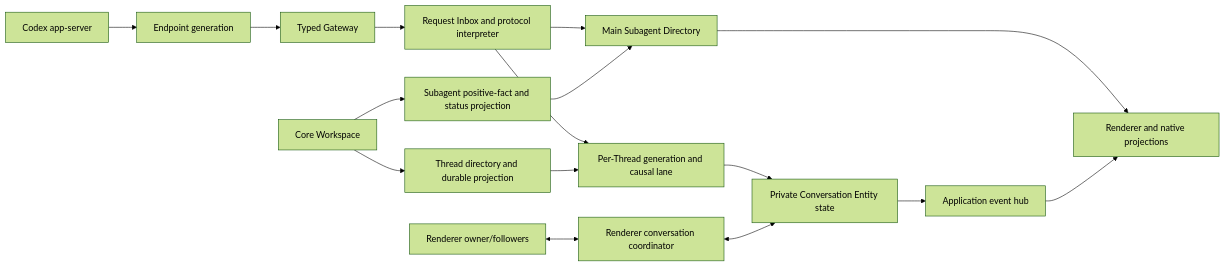
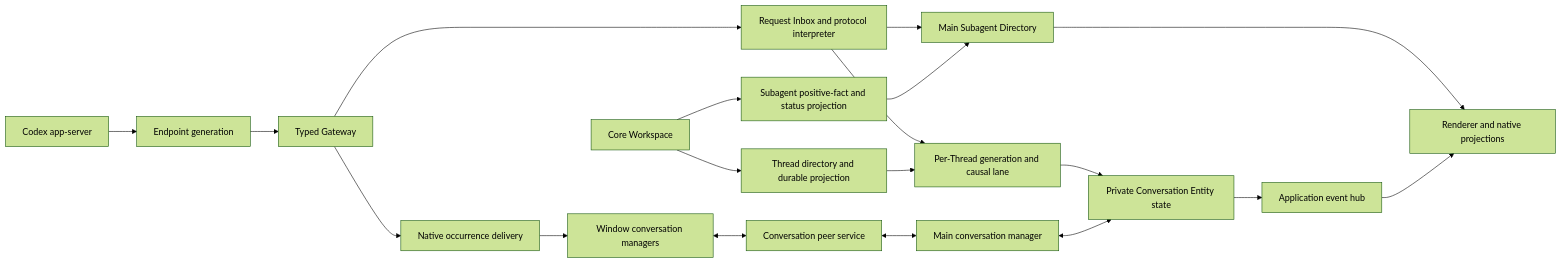
One commit to junyudev/nodex changed the third of 3 diagrams in docs/ARCHITECTURE.md. Above: the diagram before and after it, drawn with Mermaid (forest theme). The commit also changed other lines of this file and 834 other files, not shown here.

````diff
--- a/docs/ARCHITECTURE.md
+++ b/docs/ARCHITECTURE.md
@@ -765,18 +780,21 @@
 ```mermaid
 flowchart LR
     Server["Codex app-server"] --> Endpoint["Endpoint generation"]
     Endpoint --> Gateway["Typed Gateway"]
     Gateway --> Inbox["Request Inbox and protocol interpreter"]
     Core["Core Workspace"] --> Directory["Thread directory and durable projection"]
     Core --> Subagents["Subagent positive-fact and status projection"]
     Inbox --> Lane["Per-Thread generation and causal lane"]
     Directory --> Lane
     Inbox --> SubagentDirectory["Main Subagent Directory"]
     Subagents --> SubagentDirectory
     SubagentDirectory --> Projection
     Lane --> Entity["Private Conversation Entity state"]
     Entity --> Events["Application event hub"]
     Events --> Projection["Renderer and native projections"]
-    Renderer["Renderer owner/followers"] <--> Coordinator["Renderer conversation coordinator"]
-    Coordinator <--> Entity
+    Gateway --> NativeIngress["Native occurrence delivery"]
+    NativeIngress --> Renderer["Window conversation managers"]
+    Renderer <--> Peers["Conversation peer service"]
+    Peers <--> MainManager["Main conversation manager"]
+    MainManager <--> Entity
 ```
````
